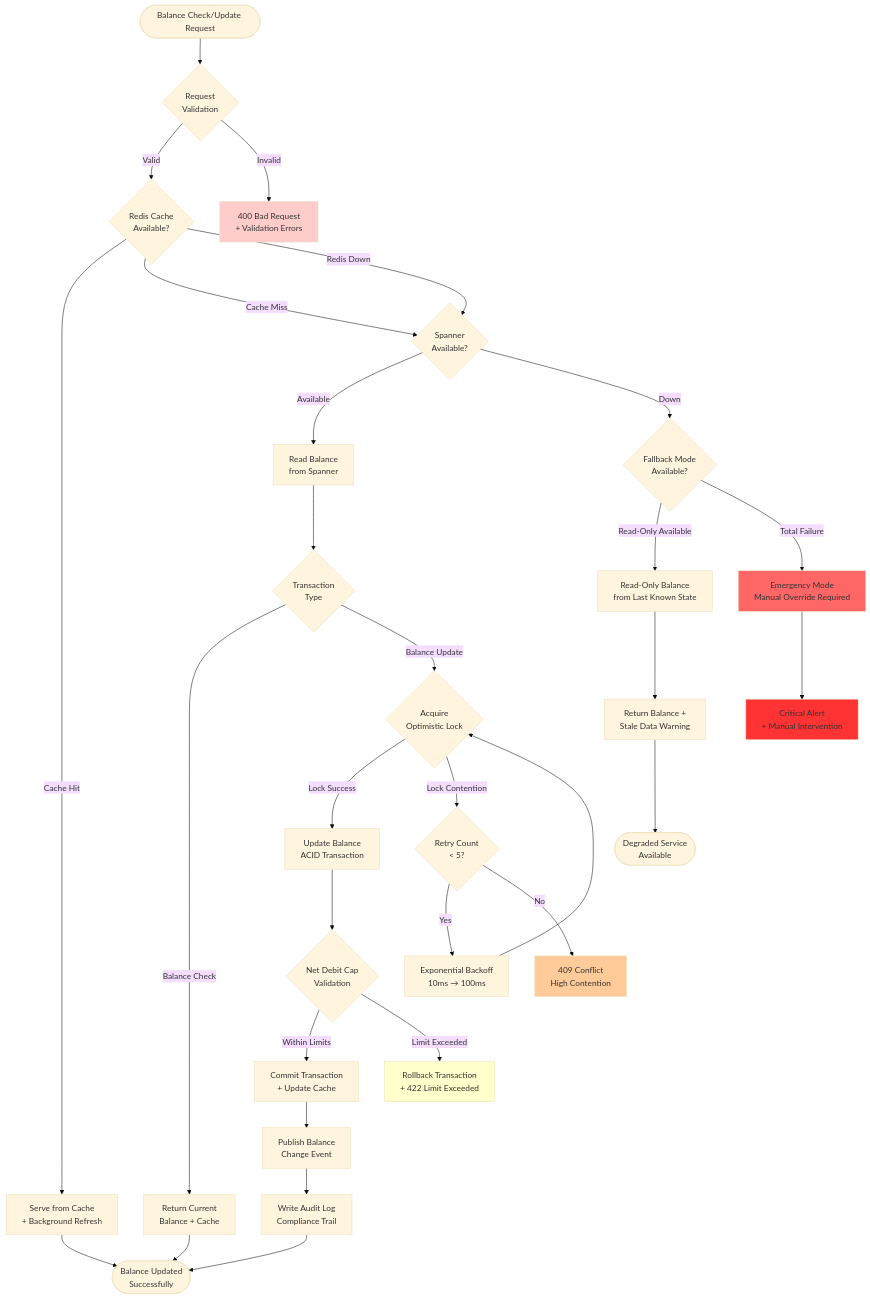
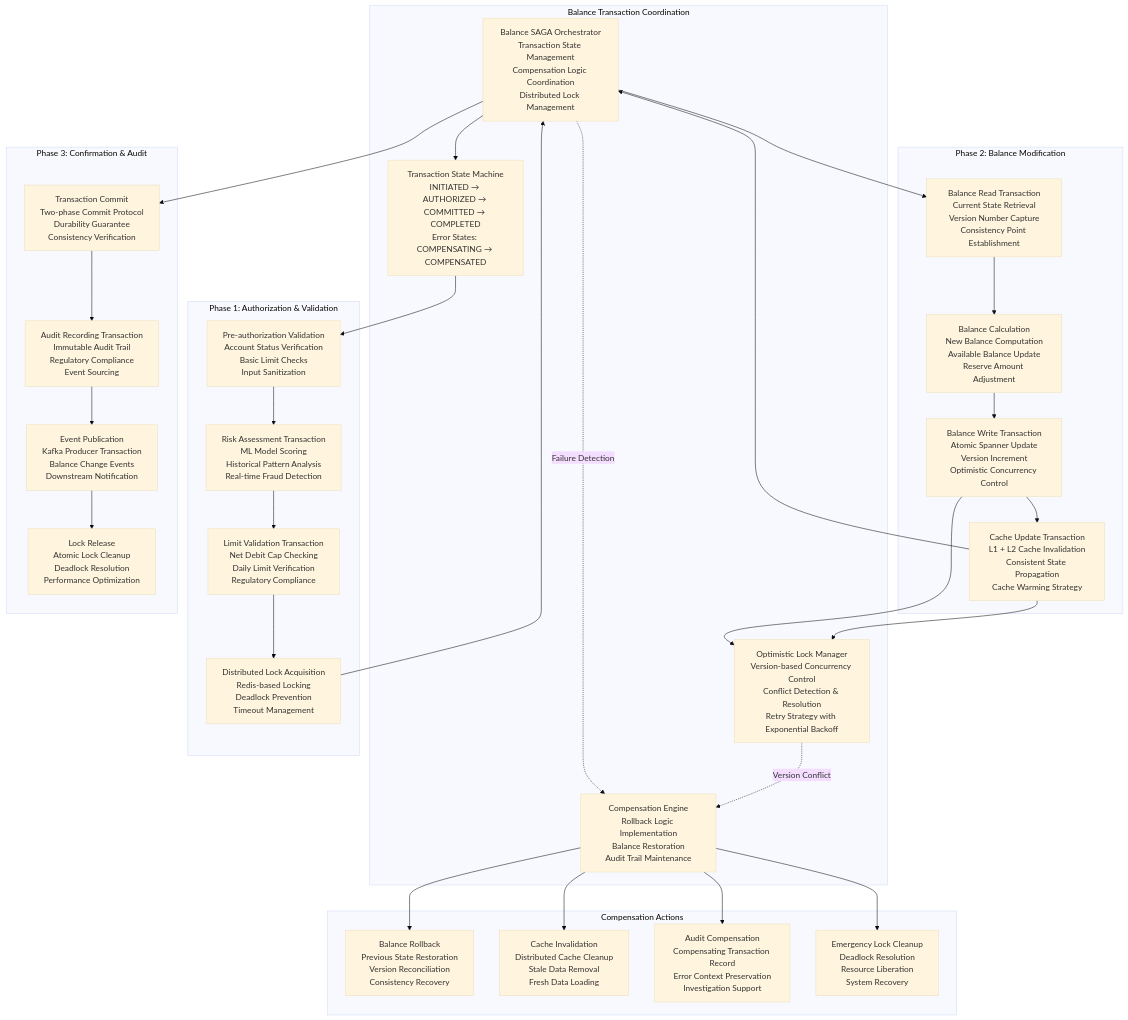
Before and after one commit to hari-p8-io/clearpathgateway: the second of 3 diagrams in docs/diagrams/FAST_LIQUIDITY_SERVICE_TECHNICAL_DIAGRAMS.md, drawn with Mermaid (base theme). The commit also changed other lines of this file, not shown here.

First line of the commit message:
feat: comprehensive enhancement of Liquidity Service technical architecture

````diff
--- a/docs/diagrams/FAST_LIQUIDITY_SERVICE_TECHNICAL_DIAGRAMS.md
+++ b/docs/diagrams/FAST_LIQUIDITY_SERVICE_TECHNICAL_DIAGRAMS.md
@@ -84,48 +522,65 @@
 ```mermaid
-flowchart TD
-    Start([Balance Check/Update Request]) --> ValidateRequest{Request<br/>Validation}
+graph TB
+    subgraph "Balance Transaction Coordination"
+        SagaOrchestrator[Balance SAGA Orchestrator<br/>Transaction State Management<br/>Compensation Logic Coordination<br/>Distributed Lock Management]
+        TransactionStateMachine[Transaction State Machine<br/>INITIATED → AUTHORIZED → COMMITTED → COMPLETED<br/>Error States: COMPENSATING → COMPENSATED]
+        OptimisticLockManager[Optimistic Lock Manager<br/>Version-based Concurrency Control<br/>Conflict Detection & Resolution<br/>Retry Strategy with Exponential Backoff]
+        CompensationEngine[Compensation Engine<br/>Rollback Logic Implementation<br/>Balance Restoration<br/>Audit Trail Maintenance]
+    end
     
-    ValidateRequest -->|Valid| CheckCache{Redis Cache<br/>Available?}
-    ValidateRequest -->|Invalid| BadRequest[400 Bad Request<br/>+ Validation Errors]
+    subgraph "Phase 1: Authorization & Validation"
+        PreAuthValidation[Pre-authorization Validation<br/>Account Status Verification<br/>Basic Limit Checks<br/>Input Sanitization]
+        RiskAssessment[Risk Assessment Transaction<br/>ML Model Scoring<br/>Historical Pattern Analysis<br/>Real-time Fraud Detection]
+        LimitValidation[Limit Validation Transaction<br/>Net Debit Cap Checking<br/>Daily Limit Verification<br/>Regulatory Compliance]
+        LockAcquisition[Distributed Lock Acquisition<br/>Redis-based Locking<br/>Deadlock Prevention<br/>Timeout Management]
+    end
     
-    CheckCache -->|Cache Hit| ServeFromCache[Serve from Cache<br/>+ Background Refresh]
-    CheckCache -->|Cache Miss| CheckSpanner{Spanner<br/>Available?}
-    CheckCache -->|Redis Down| CheckSpanner
+    subgraph "Phase 2: Balance Modification"
+        BalanceRead[Balance Read Transaction<br/>Current State Retrieval<br/>Version Number Capture<br/>Consistency Point Establishment]
+        BalanceCalculation[Balance Calculation<br/>New Balance Computation<br/>Available Balance Update<br/>Reserve Amount Adjustment]
+        BalanceWrite[Balance Write Transaction<br/>Atomic Spanner Update<br/>Version Increment<br/>Optimistic Concurrency Control]
+        CacheUpdate[Cache Update Transaction<br/>L1 + L2 Cache Invalidation<br/>Consistent State Propagation<br/>Cache Warming Strategy]
+    end
     
-    CheckSpanner -->|Available| ReadBalance[Read Balance<br/>from Spanner]
-    CheckSpanner -->|Down| FallbackMode{Fallback Mode<br/>Available?}
+    subgraph "Phase 3: Confirmation & Audit"
+        TransactionCommit[Transaction Commit<br/>Two-phase Commit Protocol<br/>Durability Guarantee<br/>Consistency Verification]
+        AuditRecording[Audit Recording Transaction<br/>Immutable Audit Trail<br/>Regulatory Compliance<br/>Event Sourcing]
+        EventPublication[Event Publication<br/>Kafka Producer Transaction<br/>Balance Change Events<br/>Downstream Notification]
+        LockRelease[Lock Release<br/>Atomic Lock Cleanup<br/>Deadlock Resolution<br/>Performance Optimization]
+    end
     
-    ReadBalance --> ProcessTransaction{Transaction<br/>Type}
-    ProcessTransaction -->|Balance Check| ReturnBalance[Return Current<br/>Balance + Cache]
-    ProcessTransaction -->|Balance Update| AcquireLock{Acquire<br/>Optimistic Lock}
+    subgraph "Compensation Actions"
+        BalanceRollback[Balance Rollback<br/>Previous State Restoration<br/>Version Reconciliation<br/>Consistency Recovery]
+        CacheInvalidation[Cache Invalidation<br/>Distributed Cache Cleanup<br/>Stale Data Removal<br/>Fresh Data Loading]
+        AuditCompensation[Audit Compensation<br/>Compensating Transaction Record<br/>Error Context Preservation<br/>Investigation Support]
+        LockCleanup[Emergency Lock Cleanup<br/>Deadlock Resolution<br/>Resource Liberation<br/>System Recovery]
+    end
     
-    AcquireLock -->|Lock Success| UpdateBalance[Update Balance<br/>ACID Transaction]
-    AcquireLock -->|Lock Contention| RetryLock{Retry Count<br/>< 5?}
-    RetryLock -->|Yes| BackoffDelay[Exponential Backoff<br/>10ms → 100ms]
-    BackoffDelay --> AcquireLock
-    RetryLock -->|No| ContentionError[409 Conflict<br/>High Contention]
+    SagaOrchestrator --> TransactionStateMachine
+    TransactionStateMachine --> PreAuthValidation
+    PreAuthValidation --> RiskAssessment
+    RiskAssessment --> LimitValidation
+    LimitValidation --> LockAcquisition
+    LockAcquisition --> SagaOrchestrator
     
-    UpdateBalance --> ValidateConstraints{Net Debit Cap<br/>Validation}
-    ValidateConstraints -->|Within Limits| CommitTransaction[Commit Transaction<br/>+ Update Cache]
-    ValidateConstraints -->|Limit Exceeded| RollbackTxn[Rollback Transaction<br/>+ 422 Limit Exceeded]
+    SagaOrchestrator --> BalanceRead
+    BalanceRead --> BalanceCalculation
+    BalanceCalculation --> BalanceWrite
+    BalanceWrite --> CacheUpdate
+    CacheUpdate --> SagaOrchestrator
     
-    CommitTransaction --> PublishEvent[Publish Balance<br/>Change Event]
-    PublishEvent --> AuditLog[Write Audit Log<br/>Compliance Trail]
-    AuditLog --> Success([Balance Updated<br/>Successfully])
+    SagaOrchestrator --> TransactionCommit
+    TransactionCommit --> AuditRecording
+    AuditRecording --> EventPublication
+    EventPublication --> LockRelease
     
-    FallbackMode -->|Read-Only Available| ReadOnlyBalance[Read-Only Balance<br/>from Last Known State]
-    FallbackMode -->|Total Failure| EmergencyMode[Emergency Mode<br/>Manual Override Required]
+    SagaOrchestrator -.->|Failure Detection| CompensationEngine
+    CompensationEngine --> BalanceRollback
+    CompensationEngine --> CacheInvalidation
+    CompensationEngine --> AuditCompensation
+    CompensationEngine --> LockCleanup
     
-    ReadOnlyBalance --> StaleDataWarning[Return Balance +<br/>Stale Data Warning]
-    EmergencyMode --> CriticalAlert[Critical Alert<br/>+ Manual Intervention]
-    
-    ServeFromCache --> Success
-    ReturnBalance --> Success
-    StaleDataWarning --> PartialSuccess([Degraded Service<br/>Available])
-    
-    style BadRequest fill:#ffcccc
-    style ContentionError fill:#ffcc99
-    style RollbackTxn fill:#ffffcc
-    style EmergencyMode fill:#ff6666
-    style CriticalAlert fill:#ff3333
+    OptimisticLockManager -.->|Version Conflict| CompensationEngine
+    BalanceWrite --> OptimisticLockManager
+    CacheUpdate --> OptimisticLockManager
 ```
````
